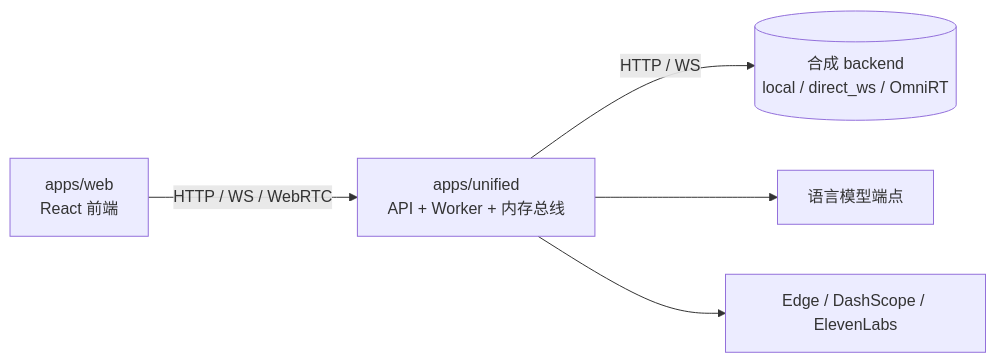
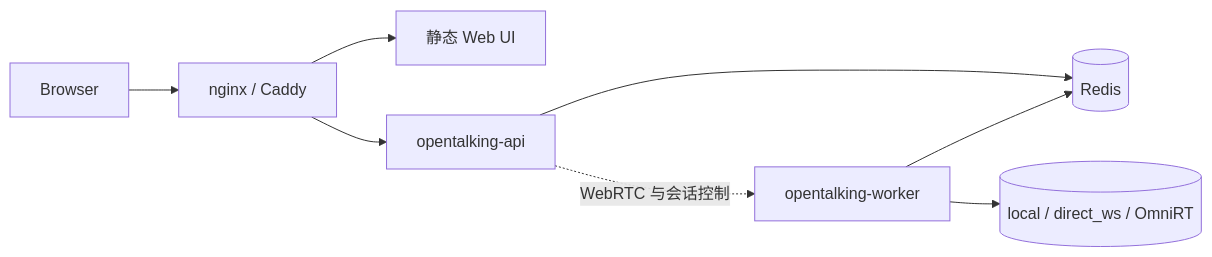
The first of 2 diagrams in docs/zh/user-guide/deployment.md (datascale-ai/opentalking), drawn with Mermaid before and after one commit. The commit also changed other lines of this file and 3 other files, not shown here.

````diff
--- a/docs/zh/user-guide/deployment.md
+++ b/docs/zh/user-guide/deployment.md
@@ -26,9 +107,10 @@
 ```mermaid
 flowchart LR
-    Web[apps/web<br/>React 前端] -->|HTTP / WS / WebRTC| Unified
-    Unified[apps/unified<br/>API + Worker + 内存总线]
-    Unified -->|HTTP / WS| Backend
-    Unified --> LLM[语言模型端点]
-    Unified --> TTS[Edge / DashScope / ElevenLabs]
-    Backend[(合成 backend<br/>local / direct_ws / OmniRT)]
+    Browser[Browser] --> Proxy[nginx / Caddy]
+    Proxy --> Web[静态 Web UI]
+    Proxy --> API[opentalking-api]
+    API --> Redis[(Redis)]
+    Worker[opentalking-worker] --> Redis
+    Worker --> Backend[(local / direct_ws / OmniRT)]
+    API -. WebRTC 与会话控制 .-> Worker
 ```
````
